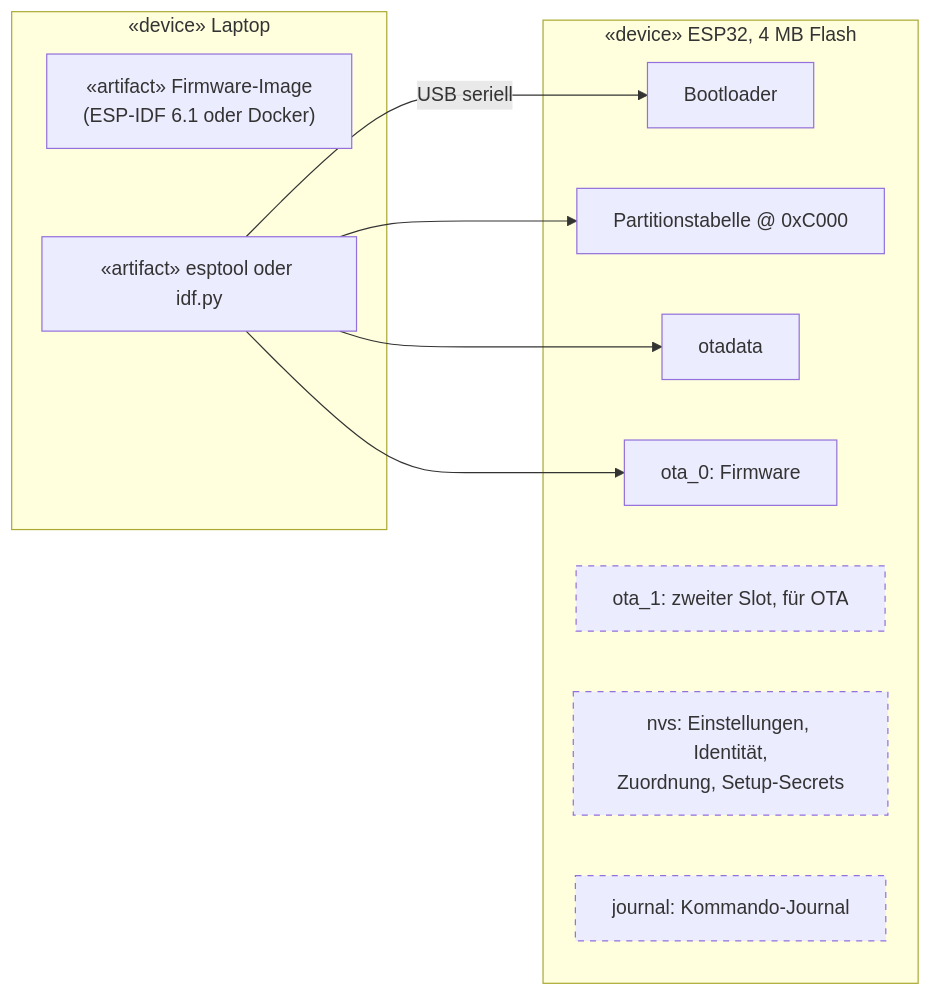
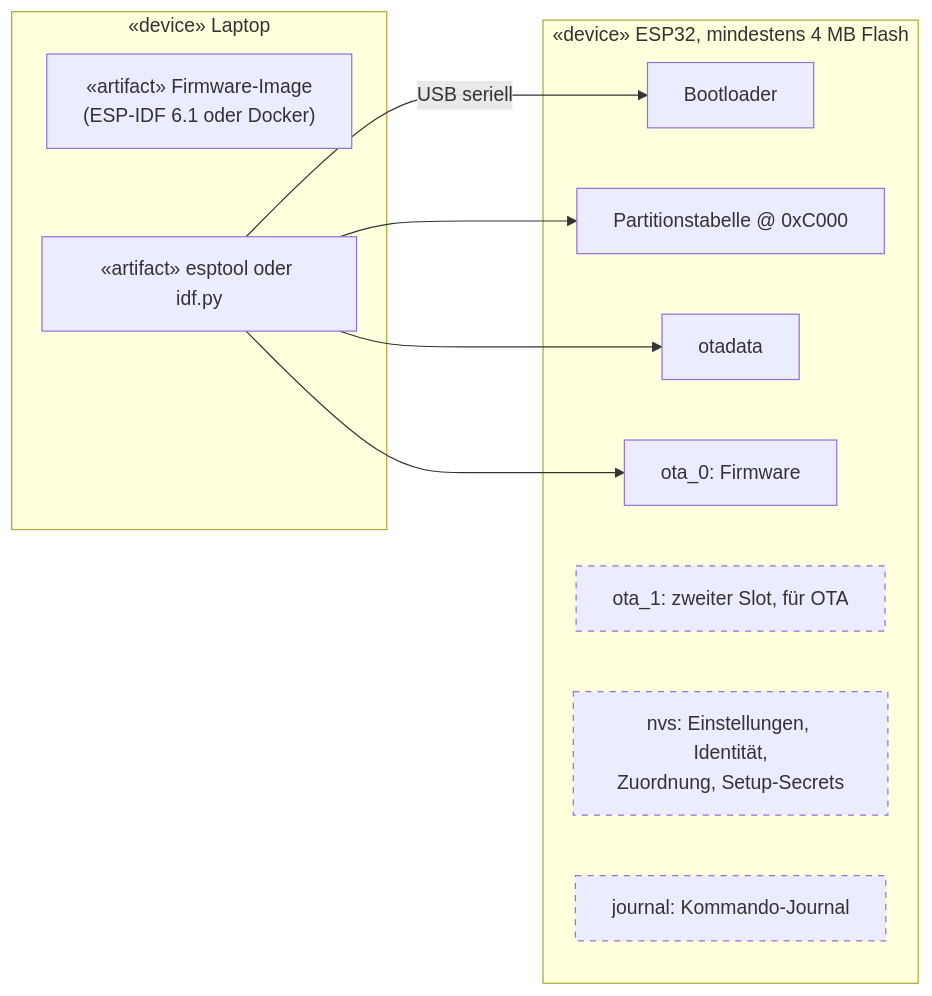
Before and after one commit to Open-Locker/Open-Locker: the third of 3 diagrams in website/src/content/docs/de/dokumentation/esp32/flashing.md, drawn with Mermaid. The commit also changed other lines of this file and 11 other files, not shown here.

````diff
--- a/website/src/content/docs/de/dokumentation/esp32/flashing.md
+++ b/website/src/content/docs/de/dokumentation/esp32/flashing.md
@@ -321,22 +321,22 @@
 ```mermaid
 flowchart LR
     subgraph laptop["«device» Laptop"]
         idf["«artifact» Firmware-Image<br/>(ESP-IDF 6.1 oder Docker)"]
         esptool["«artifact» esptool oder idf.py"]
     end
-    subgraph esp["«device» ESP32, 4 MB Flash"]
+    subgraph esp["«device» ESP32, mindestens 4 MB Flash"]
         boot["Bootloader"]
         pt["Partitionstabelle @ 0xC000"]
         ota["otadata"]
         app0["ota_0: Firmware"]
         app1["ota_1: zweiter Slot, für OTA"]
         nvs["nvs: Einstellungen, Identität,<br/>Zuordnung, Setup-Secrets"]
         journal["journal: Kommando-Journal"]
     end
     esptool -- "USB seriell" --> boot
     esptool --> pt
     esptool --> ota
     esptool --> app0
     classDef kept stroke-dasharray: 5 5
     class nvs,journal,app1 kept
 ```
````
